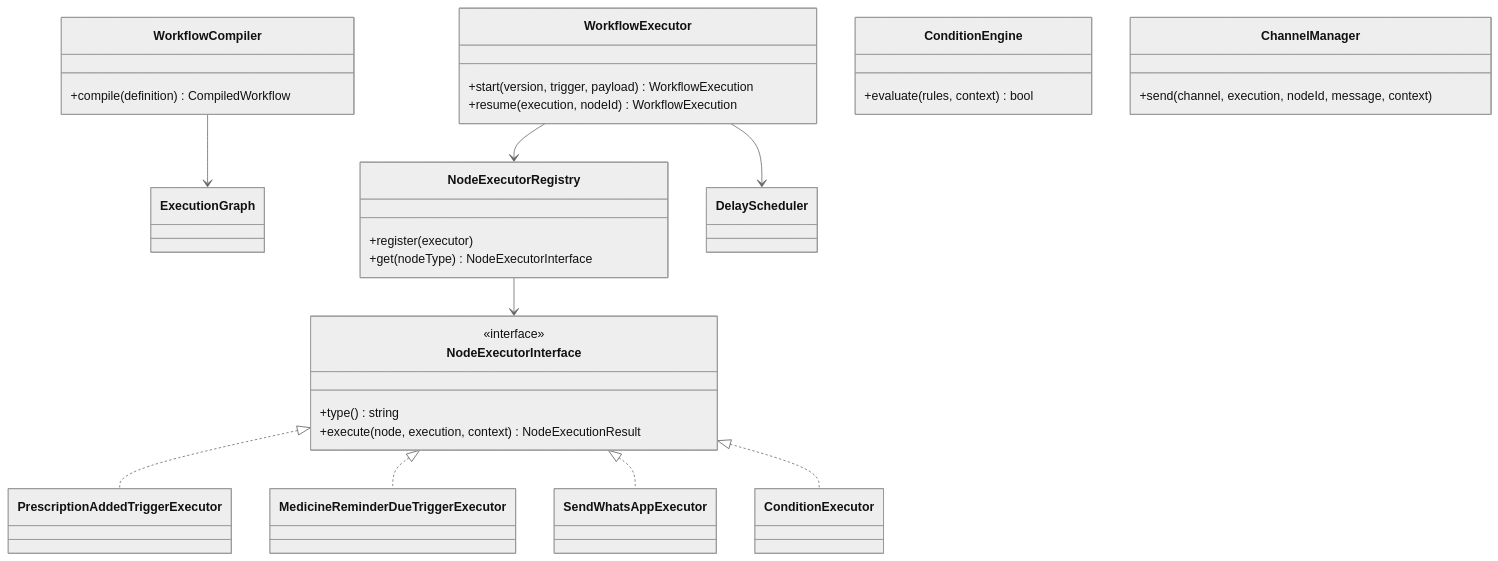
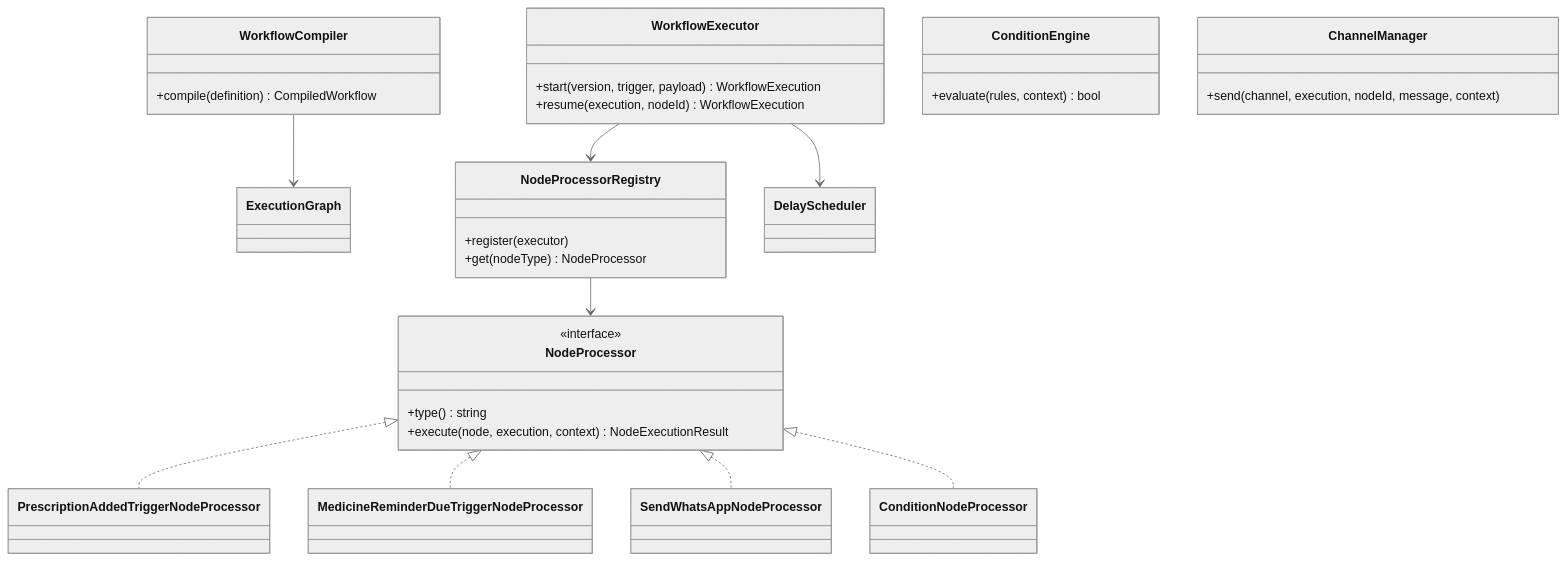
One commit to Gokul-HIP/HIP_backend changed the second of 2 diagrams in docs/workflow/ARCHITECTURE.md. Above: the diagram before and after it, drawn with Mermaid (neutral theme). The commit also changed other lines of this file and 227 other files, not shown here.

Commit message:
automation engin event,trigger,node processor

````diff
--- a/docs/workflow/ARCHITECTURE.md
+++ b/docs/workflow/ARCHITECTURE.md
@@ -125,34 +125,34 @@
 ```mermaid
 classDiagram
     class WorkflowCompiler {
         +compile(definition) CompiledWorkflow
     }
     class WorkflowExecutor {
         +start(version, trigger, payload) WorkflowExecution
         +resume(execution, nodeId) WorkflowExecution
     }
-    class NodeExecutorRegistry {
+    class NodeProcessorRegistry {
         +register(executor)
-        +get(nodeType) NodeExecutorInterface
+        +get(nodeType) NodeProcessor
     }
-    class NodeExecutorInterface {
+    class NodeProcessor {
         <<interface>>
         +type() string
         +execute(node, execution, context) NodeExecutionResult
     }
     class ConditionEngine {
         +evaluate(rules, context) bool
     }
     class ChannelManager {
         +send(channel, execution, nodeId, message, context)
     }
 
     WorkflowCompiler --> ExecutionGraph
-    WorkflowExecutor --> NodeExecutorRegistry
+    WorkflowExecutor --> NodeProcessorRegistry
     WorkflowExecutor --> DelayScheduler
-    NodeExecutorRegistry --> NodeExecutorInterface
-    NodeExecutorInterface <|.. PrescriptionAddedTriggerExecutor
-    NodeExecutorInterface <|.. MedicineReminderDueTriggerExecutor
-    NodeExecutorInterface <|.. SendWhatsAppExecutor
-    NodeExecutorInterface <|.. ConditionExecutor
+    NodeProcessorRegistry --> NodeProcessor
+    NodeProcessor <|.. PrescriptionAddedTriggerNodeProcessor
+    NodeProcessor <|.. MedicineReminderDueTriggerNodeProcessor
+    NodeProcessor <|.. SendWhatsAppNodeProcessor
+    NodeProcessor <|.. ConditionNodeProcessor
 ```
````
